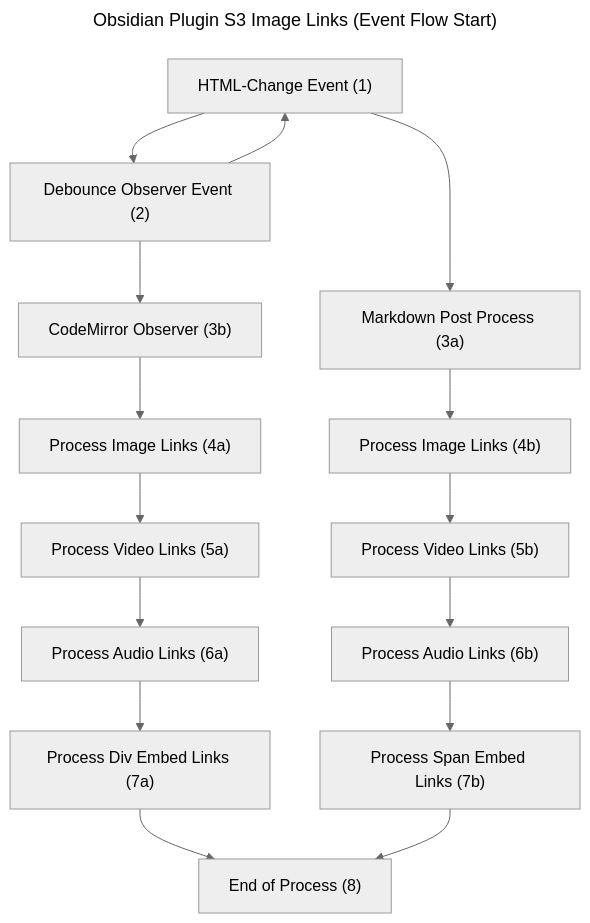
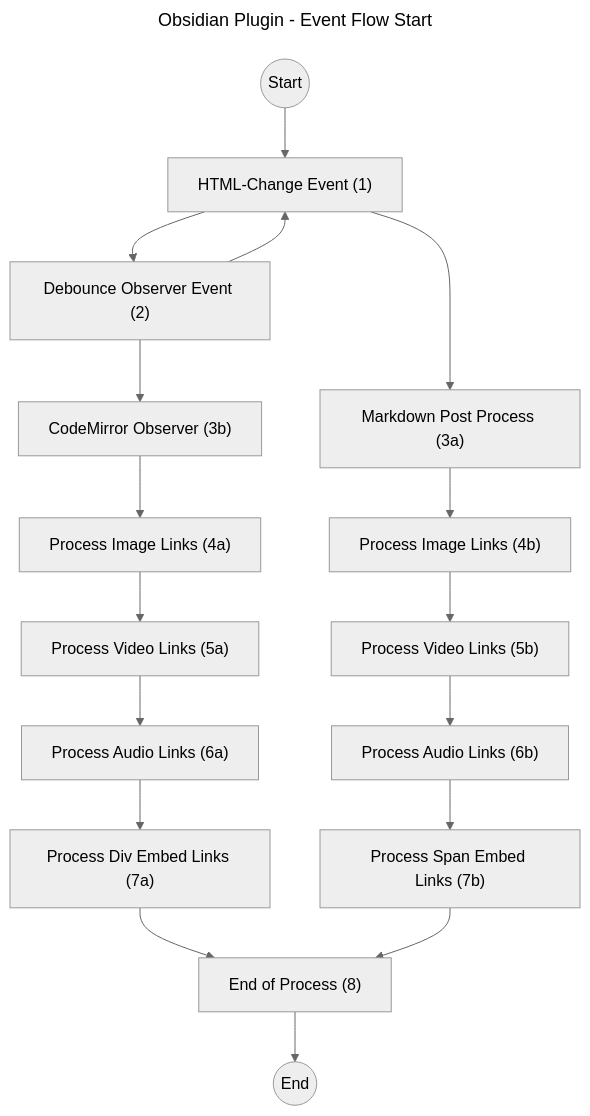
Before and after one commit to RagedUnicorn/obsidian-plugin-s3-link: the diagram in docs/init_flow.md, drawn with Mermaid (neutral theme). The commit also changed other lines of this file, not shown here.

Commit message:
Cleanup Doc Init Flow

````diff
--- a/docs/init_flow.md
+++ b/docs/init_flow.md
@@ -7,46 +8,39 @@
 ```mermaid
 ---
-title: Obsidian Plugin S3 Image Links (Event Flow Start)
+title: Obsidian Plugin - Event Flow Start
 ---
 
 flowchart TD
-    startNode["HTML-Change Event (1)"]
+    %% Start
+    eventNode@{ shape: circle, label: "Start" }
+    eventNode --> htmlChangeEventNode["HTML-Change Event (1)"]
+
 
     %% Debounced Observer
     codeMirrorObserverDebounceNode["Debounce Observer Event (2)"]
-    codeMirrorObserverDebounceNode --> startNode
-    codeMirrorObserverDebounceNode --> codeMirrorObserverNode
+    codeMirrorObserverDebounceNode --> htmlChangeEventNode
+    codeMirrorObserverDebounceNode --> codeMirrorObserverNode["CodeMirror Observer (3b)"]
 
     %% Markdown Post-Processing
-    markdownPostProcessNode["Markdown Post Process (3a)"]
-    codeMirrorObserverNode["CodeMirror Observer (3b)"]
-
-    startNode --> markdownPostProcessNode
-    startNode --> codeMirrorObserverDebounceNode
+    htmlChangeEventNode --> markdownPostProcessNode["Markdown Post Process (3a)"]
+    %% CodeMirror Extension Processing
+    htmlChangeEventNode --> codeMirrorObserverDebounceNode
 
     %% CodeMirror Workflow
-    codeMirrorObserverNode --> codeMirrorProcessImageLinksNode
-    codeMirrorProcessImageLinksNode --> codeMirrorProcessVideoLinksNode
-    codeMirrorProcessVideoLinksNode --> codeMirrorProcessAudioLinksNode
-    codeMirrorProcessAudioLinksNode --> codeMirrorProcessDivEmbedLinksNode
-    codeMirrorProcessDivEmbedLinksNode --> endNode
-
-    codeMirrorProcessImageLinksNode["Process Image Links (4a)"]
-    codeMirrorProcessVideoLinksNode["Process Video Links (5a)"]
-    codeMirrorProcessAudioLinksNode["Process Audio Links (6a)"]
-    codeMirrorProcessDivEmbedLinksNode["Process Div Embed Links (7a)"]
+    codeMirrorObserverNode --> codeMirrorProcessImageLinksNode["Process Image Links (4a)"]
+    codeMirrorProcessImageLinksNode --> codeMirrorProcessVideoLinksNode["Process Video Links (5a)"]
+    codeMirrorProcessVideoLinksNode --> codeMirrorProcessAudioLinksNode["Process Audio Links (6a)"]
+    codeMirrorProcessAudioLinksNode --> codeMirrorProcessDivEmbedLinksNode["Process Div Embed Links (7a)"]
+    codeMirrorProcessDivEmbedLinksNode --> endOfProcessNode
 
     %% Markdown Workflow
-    markdownPostProcessNode --> markdownPostProcessImageLinksNode
-    markdownPostProcessImageLinksNode --> markdownPostProcessVideoLinksNode
-    markdownPostProcessVideoLinksNode --> markdownPostProcessAudioLinksNode
-    markdownPostProcessAudioLinksNode --> markdownPostProcessSpanEmbedLinksNode
-    markdownPostProcessSpanEmbedLinksNode --> endNode
+    markdownPostProcessNode --> markdownPostProcessImageLinksNode["Process Image Links (4b)"]
+    markdownPostProcessImageLinksNode --> markdownPostProcessVideoLinksNode["Process Video Links (5b)"]
+    markdownPostProcessVideoLinksNode --> markdownPostProcessAudioLinksNode["Process Audio Links (6b)"]
+    markdownPostProcessAudioLinksNode --> markdownPostProcessSpanEmbedLinksNode["Process Span Embed Links (7b)"]
+    markdownPostProcessSpanEmbedLinksNode --> endOfProcessNode
 
-    markdownPostProcessImageLinksNode["Process Image Links (4b)"]
-    markdownPostProcessVideoLinksNode["Process Video Links (5b)"]
-    markdownPostProcessAudioLinksNode["Process Audio Links (6b)"]
-    markdownPostProcessSpanEmbedLinksNode["Process Span Embed Links (7b)"]
-
-    endNode["End of Process (8)"]
+    %% End
+    endOfProcessNode["End of Process (8)"]
+    endOfProcessNode --> endNode@{ shape: circle, label: "End" }
 ```
````
